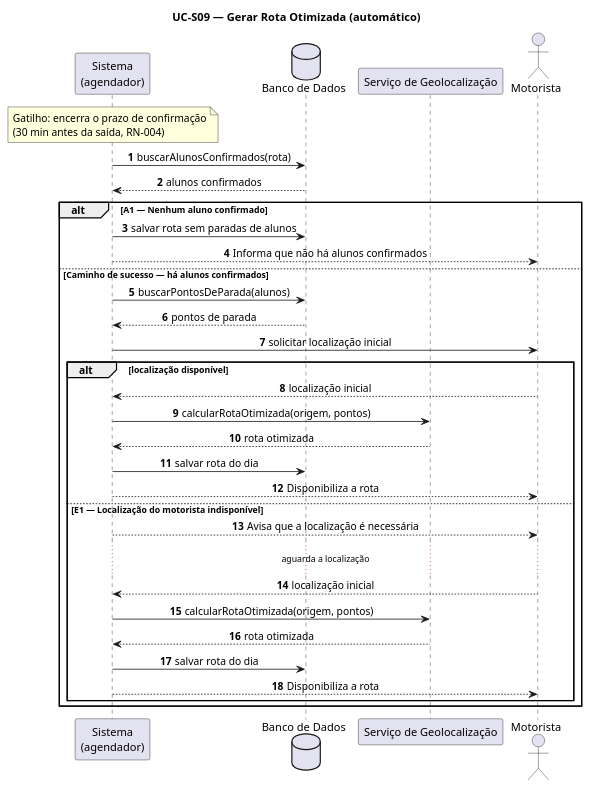
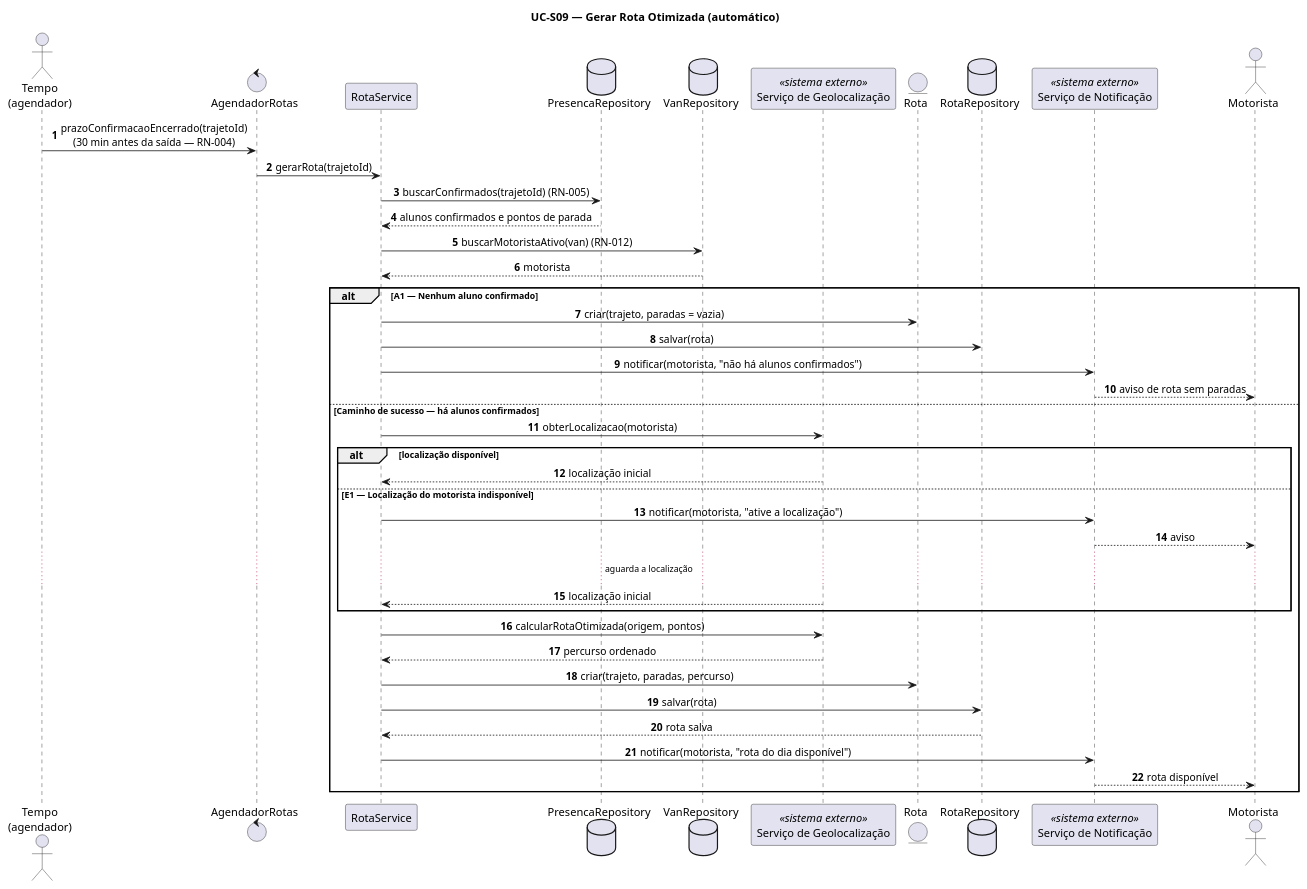
The diagram in documentos/atividade-04/scripts/UC-S09.puml (luisgustavoribeirodefreitas/VanTrack), drawn with PlantUML before and after one commit. The commit also changed 63 other files, not shown here.

```diff
--- a/documentos/atividade-04/scripts/UC-S09.puml
+++ b/documentos/atividade-04/scripts/UC-S09.puml
@@ -1,40 +1,50 @@
 @startuml UC-S09
 title UC-S09 — Gerar Rota Otimizada (automático)
 skinparam sequenceMessageAlign center
+skinparam responseMessageBelowArrow true
 autonumber
 
-participant "Sistema\n(agendador)" as S
-database "Banco de Dados" as DB
-participant "Serviço de Geolocalização" as Geo
+actor "Tempo\n(agendador)" as Tempo
+control "AgendadorRotas" as Ag
+participant "RotaService" as S
+database "PresencaRepository" as PRepo
+database "VanRepository" as VanRepo
+participant "Serviço de Geolocalização" as Geo <<sistema externo>>
+entity "Rota" as R
+database "RotaRepository" as RRepo
+participant "Serviço de Notificação" as Push <<sistema externo>>
 actor "Motorista" as M
 
-note over S : Gatilho: encerra o prazo de confirmação\n(30 min antes da saída, RN-004)
-
-S -> DB : buscarAlunosConfirmados(rota)
-DB --> S : alunos confirmados
+Tempo -> Ag : prazoConfirmacaoEncerrado(trajetoId)\n(30 min antes da saída — RN-004)
+Ag -> S : gerarRota(trajetoId)
+S -> PRepo : buscarConfirmados(trajetoId) (RN-005)
+PRepo --> S : alunos confirmados e pontos de parada
+S -> VanRepo : buscarMotoristaAtivo(van) (RN-012)
+VanRepo --> S : motorista
 
 alt A1 — Nenhum aluno confirmado
-    S -> DB : salvar rota sem paradas de alunos
-    S --> M : Informa que não há alunos confirmados
+    S -> R : criar(trajeto, paradas = vazia)
+    S -> RRepo : salvar(rota)
+    S -> Push : notificar(motorista, "não há alunos confirmados")
+    Push --> M : aviso de rota sem paradas
 else Caminho de sucesso — há alunos confirmados
-    S -> DB : buscarPontosDeParada(alunos)
-    DB --> S : pontos de parada
-    S -> M : solicitar localização inicial
+    S -> Geo : obterLocalizacao(motorista)
 
     alt localização disponível
-        M --> S : localização inicial
-        S -> Geo : calcularRotaOtimizada(origem, pontos)
-        Geo --> S : rota otimizada
-        S -> DB : salvar rota do dia
-        S --> M : Disponibiliza a rota
+        Geo --> S : localização inicial
     else E1 — Localização do motorista indisponível
-        S --> M : Avisa que a localização é necessária
+        S -> Push : notificar(motorista, "ative a localização")
+        Push --> M : aviso
         ... aguarda a localização ...
-        M --> S : localização inicial
-        S -> Geo : calcularRotaOtimizada(origem, pontos)
-        Geo --> S : rota otimizada
-        S -> DB : salvar rota do dia
-        S --> M : Disponibiliza a rota
+        Geo --> S : localização inicial
     end
+
+    S -> Geo : calcularRotaOtimizada(origem, pontos)
+    Geo --> S : percurso ordenado
+    S -> R : criar(trajeto, paradas, percurso)
+    S -> RRepo : salvar(rota)
+    RRepo --> S : rota salva
+    S -> Push : notificar(motorista, "rota do dia disponível")
+    Push --> M : rota disponível
 end
 @enduml
```
